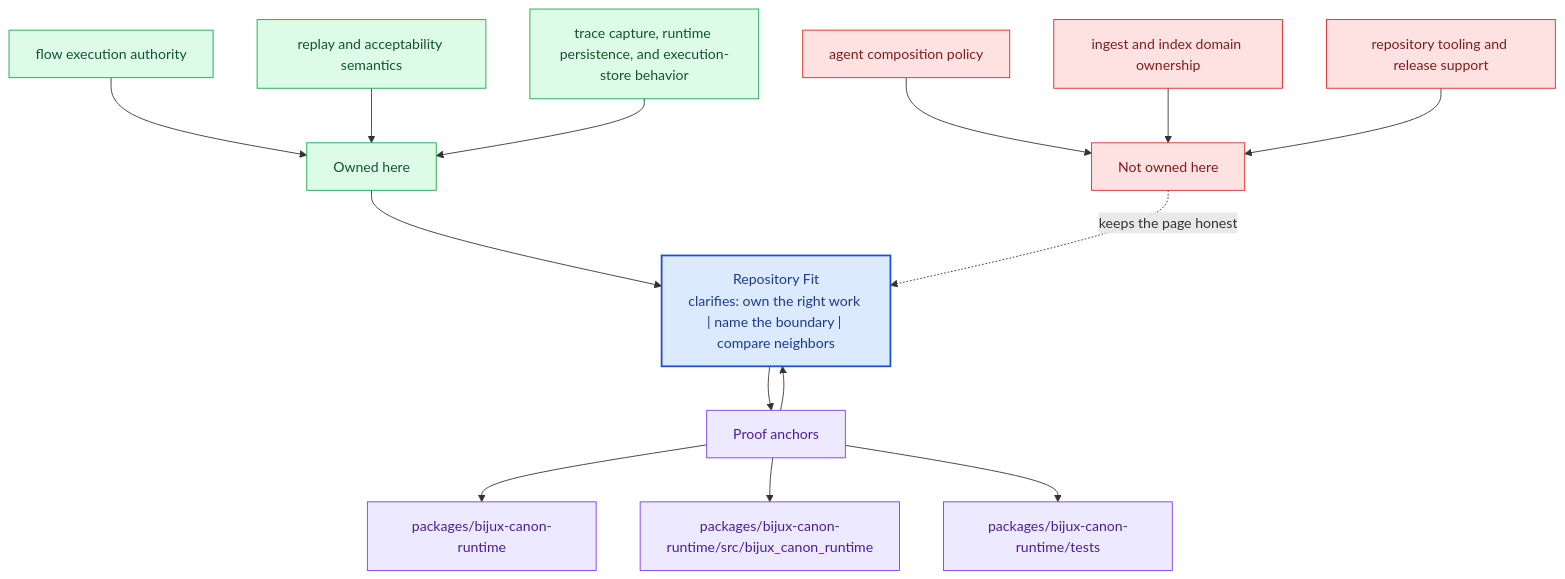
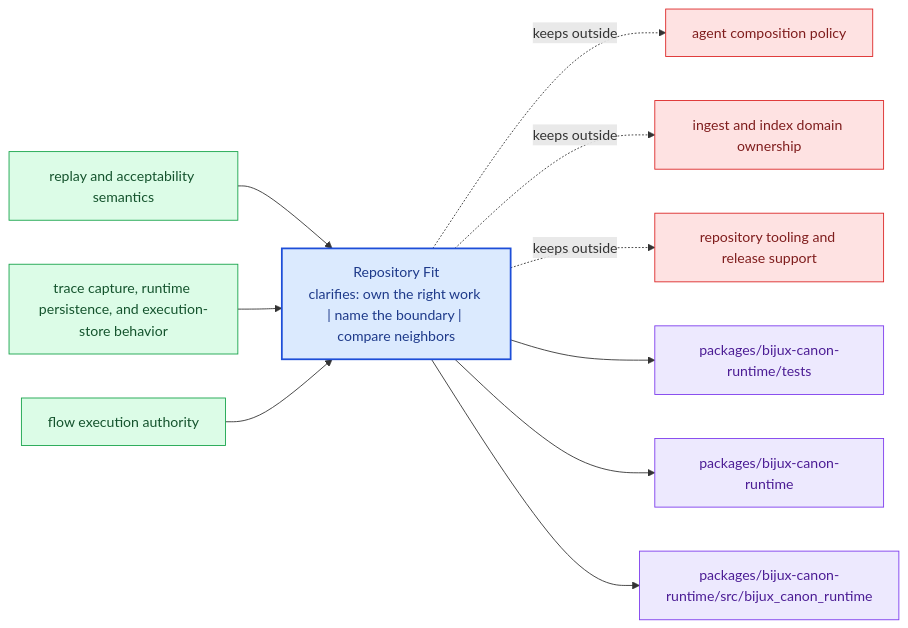
The diagram in docs/bijux-canon-runtime/foundation/repository-fit.md (bijux/bijux-canon), drawn with Mermaid before and after one commit. The commit also changed other lines of this file and 281 other files, not shown here.

Commit message:
docs(diagrams): replace repeated mermaid scaffolds with page-specific summaries

````diff
--- a/docs/bijux-canon-runtime/foundation/repository-fit.md
+++ b/docs/bijux-canon-runtime/foundation/repository-fit.md
@@ -69,40 +24,31 @@
 ```mermaid
-flowchart TB
-    promise["Repository Fit<br/>clarifies: own the right work | name the boundary | compare neighbors"]
-    classDef promise fill:#dbeafe,stroke:#1d4ed8,color:#1e3a8a,stroke-width:2px;
-    classDef driver fill:#dcfce7,stroke:#16a34a,color:#14532d;
-    classDef constraint fill:#fee2e2,stroke:#dc2626,color:#7f1d1d;
-    classDef ground fill:#ede9fe,stroke:#7c3aed,color:#4c1d95;
-    focus1["Owned here"]
-    focus1 --> promise
-    focus1_1["flow execution authority"]
-    focus1_1 --> focus1
-    focus1_2["replay and acceptability semantics"]
-    focus1_2 --> focus1
-    focus1_3["trace capture, runtime persistence, and execution-store behavior"]
-    focus1_3 --> focus1
-    class focus1 driver;
-    class focus1_1,focus1_2,focus1_3 driver;
-    focus2["Not owned here"]
-    focus2 -.keeps the page honest.-> promise
-    focus2_1["agent composition policy"]
-    focus2_1 --> focus2
-    focus2_2["ingest and index domain ownership"]
-    focus2_2 --> focus2
-    focus2_3["repository tooling and release support"]
-    focus2_3 --> focus2
-    class focus2 constraint;
-    class focus2_1,focus2_2,focus2_3 constraint;
-    focus3["Proof anchors"]
-    focus3 --> promise
-    promise --> focus3
-    focus3_1["packages/bijux-canon-runtime"]
-    focus3 --> focus3_1
-    focus3_2["packages/bijux-canon-runtime/src/bijux_canon_runtime"]
-    focus3 --> focus3_2
-    focus3_3["packages/bijux-canon-runtime/tests"]
-    focus3 --> focus3_3
-    class focus3 ground;
-    class focus3_1,focus3_2,focus3_3 ground;
-    class promise promise;
+flowchart LR
+    page["Repository Fit<br/>clarifies: own the right work | name the boundary | compare neighbors"]
+    classDef page fill:#dbeafe,stroke:#1d4ed8,color:#1e3a8a,stroke-width:2px;
+    classDef positive fill:#dcfce7,stroke:#16a34a,color:#14532d;
+    classDef caution fill:#fee2e2,stroke:#dc2626,color:#7f1d1d;
+    classDef anchor fill:#ede9fe,stroke:#7c3aed,color:#4c1d95;
+    classDef action fill:#fef3c7,stroke:#d97706,color:#7c2d12;
+    own1["replay and acceptability semantics"]
+    own1 --> page
+    own2["trace capture, runtime persistence, and execution-store behavior"]
+    own2 --> page
+    own3["flow execution authority"]
+    own3 --> page
+    limit1["agent composition policy"]
+    page -.keeps outside.-> limit1
+    limit2["ingest and index domain ownership"]
+    page -.keeps outside.-> limit2
+    limit3["repository tooling and release support"]
+    page -.keeps outside.-> limit3
+    anchor1["packages/bijux-canon-runtime/tests"]
+    page --> anchor1
+    anchor2["packages/bijux-canon-runtime"]
+    page --> anchor2
+    anchor3["packages/bijux-canon-runtime/src/bijux_canon_runtime"]
+    page --> anchor3
+    class page page;
+    class own1,own2,own3 positive;
+    class limit1,limit2,limit3 caution;
+    class anchor1,anchor2,anchor3 anchor;
 ```
````
